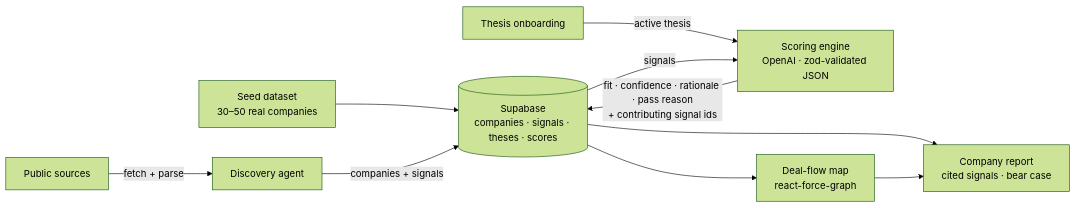
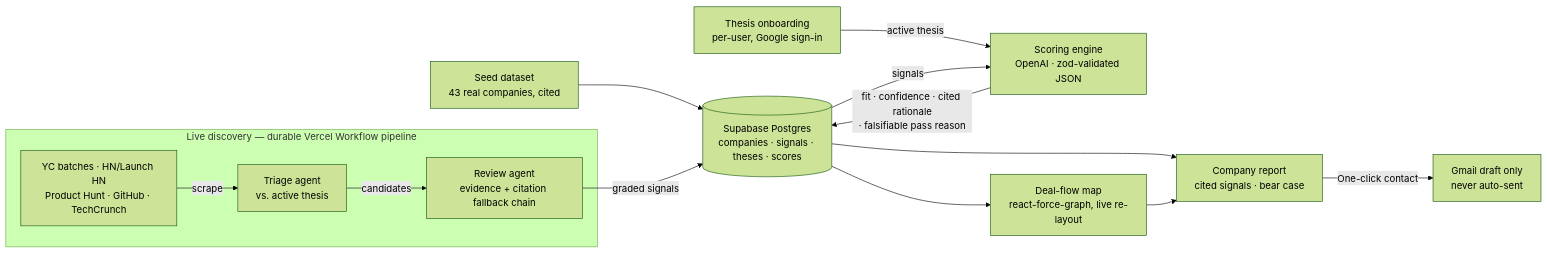
One commit to saahilshah178/cormorant changed the diagram in README.md. Above: the diagram before and after it, drawn with Mermaid (forest theme). The commit also changed other lines of this file, not shown here.

````diff
--- a/README.md
+++ b/README.md
@@ -25,12 +72,16 @@
 ```mermaid
 flowchart LR
-    SRC[Public sources] -->|fetch + parse| DISC[Discovery agent]
-    SEED[Seed dataset<br/>30–50 real companies] --> DB
-    DISC -->|companies + signals| DB[(Supabase<br/>companies · signals · theses · scores)]
-    TH[Thesis onboarding] -->|active thesis| SCORE[Scoring engine<br/>OpenAI · zod-validated JSON]
+    subgraph LIVE["Live discovery — durable Vercel Workflow pipeline"]
+        SRC[YC batches · HN/Launch HN<br/>Product Hunt · GitHub · TechCrunch] -->|scrape| TRIAGE[Triage agent<br/>vs. active thesis]
+        TRIAGE -->|candidates| REVIEW[Review agent<br/>evidence + citation fallback chain]
+    end
+    SEED[Seed dataset<br/>43 real companies, cited] --> DB
+    REVIEW -->|graded signals| DB[(Supabase Postgres<br/>companies · signals · theses · scores)]
+    TH[Thesis onboarding<br/>per-user, Google sign-in] -->|active thesis| SCORE[Scoring engine<br/>OpenAI · zod-validated JSON]
     DB -->|signals| SCORE
-    SCORE -->|fit · confidence · rationale · pass reason<br/>+ contributing signal ids| DB
-    DB --> MAP[Deal-flow map<br/>react-force-graph]
+    SCORE -->|fit · confidence · cited rationale<br/>· falsifiable pass reason| DB
+    DB --> MAP[Deal-flow map<br/>react-force-graph, live re-layout]
     DB --> REPORT[Company report<br/>cited signals · bear case]
     MAP --> REPORT
+    REPORT -->|One-click contact| GMAIL[Gmail draft only<br/>never auto-sent]
 ```
````
